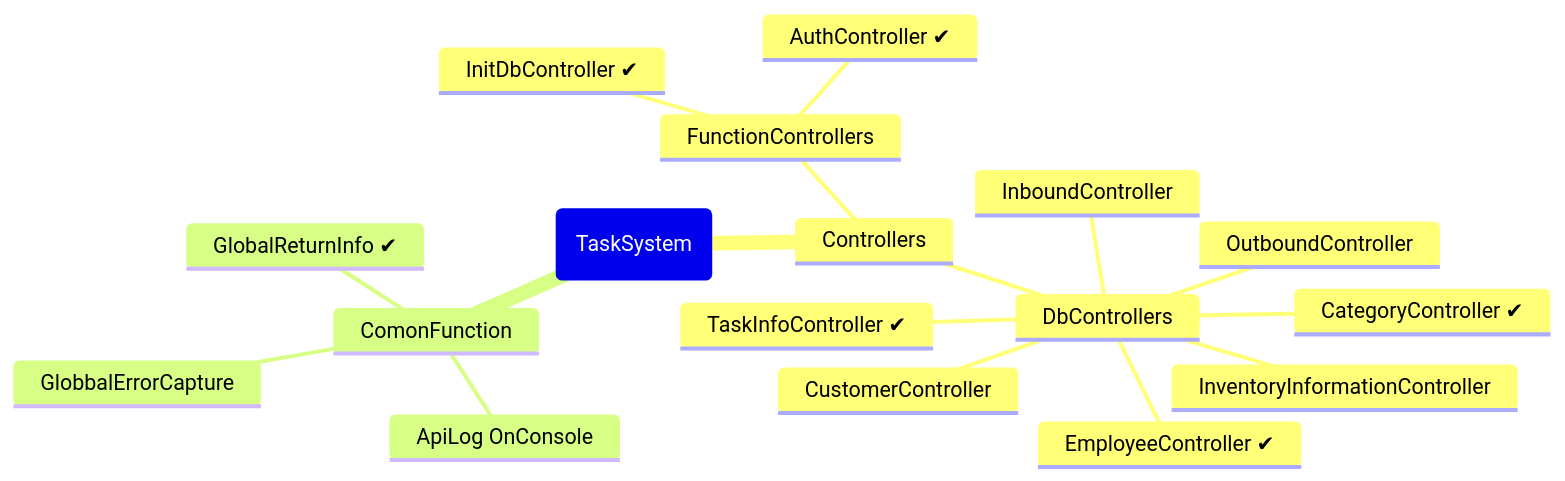
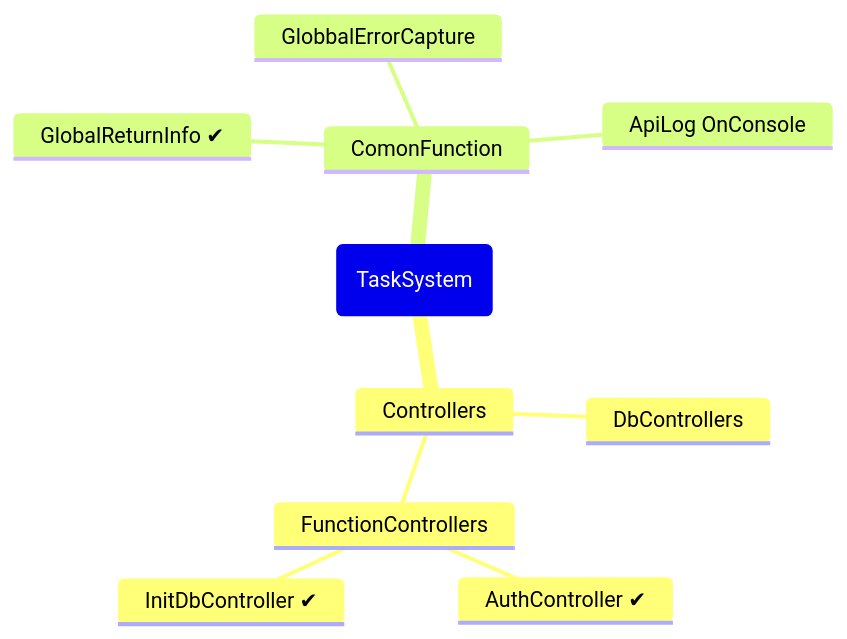
The diagram in README.md (AQLIFE/TaskSystem), drawn with Mermaid before and after one commit. The commit also changed other lines of this file and 40 other files, not shown here.

````diff
--- a/README.md
+++ b/README.md
@@ -47,22 +37,15 @@
 ```mermaid
 mindmap
     root(TaskSystem)
         Controllers
             DbControllers
-                TaskInfoController ✔
-                CustomerController 
-                EmployeeController ✔
-                CategoryController ✔
-                OutboundController
-                InboundController
-                InventoryInformationController
             FunctionControllers
                 AuthController ✔
                 InitDbController ✔
         ComonFunction
             GlobalReturnInfo ✔
             GlobbalErrorCapture
             ApiLog OnConsole
 
 
 ```
````
